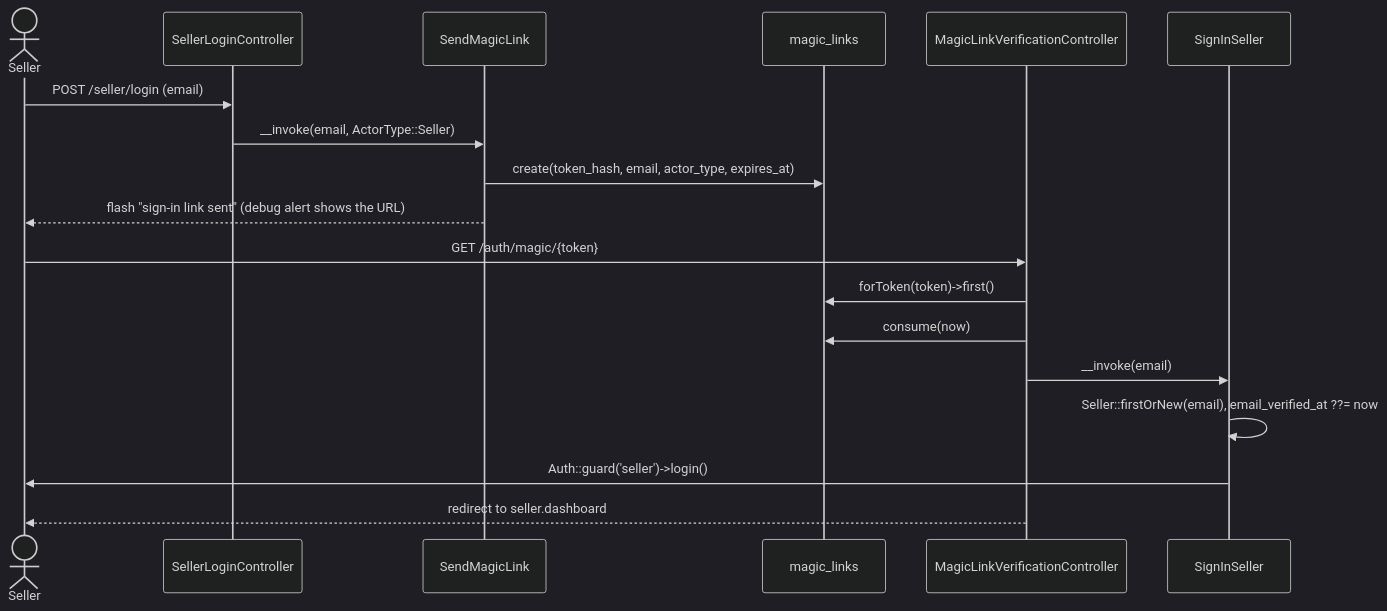
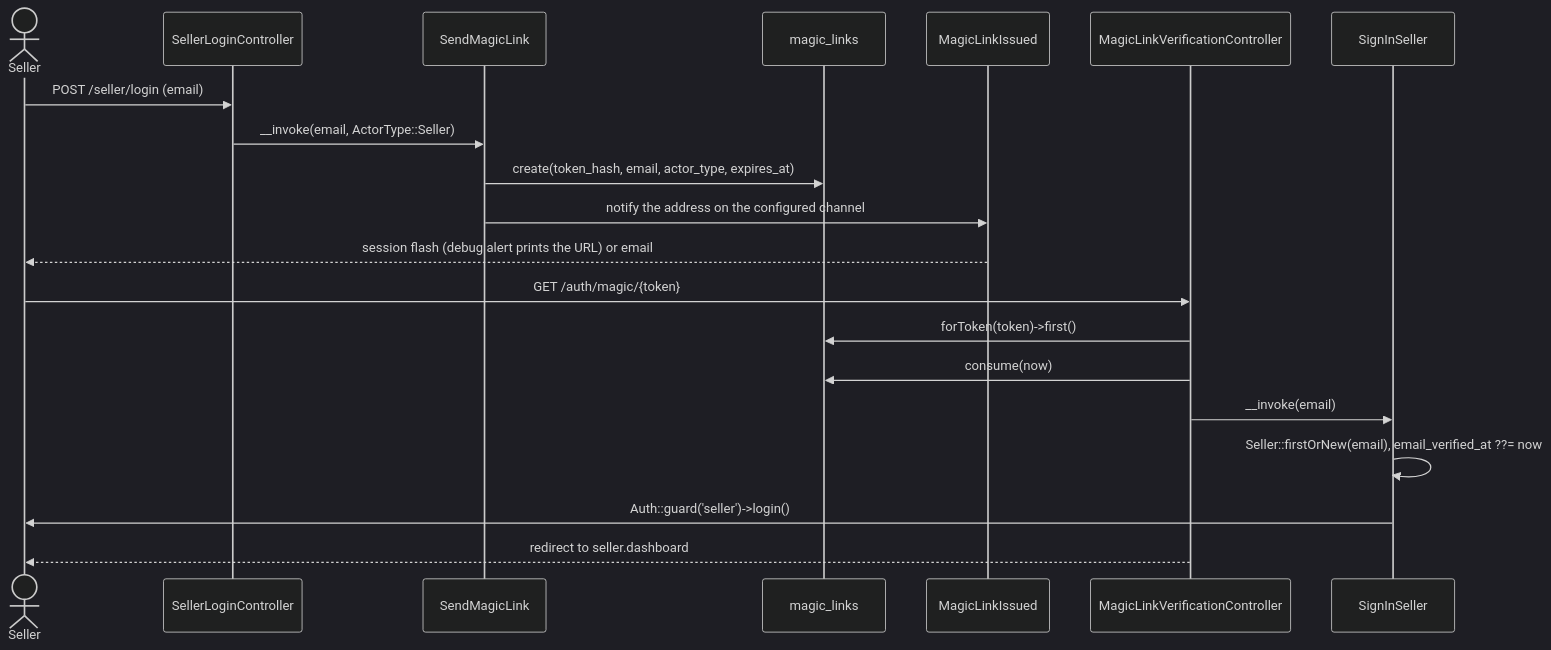
The first of 3 diagrams in prototype/php/docs/identity.md (jonathan-beebe/art-store), drawn with Mermaid (dark theme) before and after one commit. The commit also changed other lines of this file and 407 other files, not shown here.

````diff
--- a/prototype/php/docs/identity.md
+++ b/prototype/php/docs/identity.md
@@ -14,22 +14,24 @@
 ```mermaid
 sequenceDiagram
     actor Seller
     participant Login as SellerLoginController
     participant Send as SendMagicLink
     participant MagicLinks as magic_links
+    participant Issued as MagicLinkIssued
     participant Verify as MagicLinkVerificationController
     participant SignIn as SignInSeller
 
     Seller->>Login: POST /seller/login (email)
     Login->>Send: __invoke(email, ActorType::Seller)
     Send->>MagicLinks: create(token_hash, email, actor_type, expires_at)
-    Send-->>Seller: flash "sign-in link sent" (debug alert shows the URL)
+    Send->>Issued: notify the address on the configured channel
+    Issued-->>Seller: session flash (debug alert prints the URL) or email
 
     Seller->>Verify: GET /auth/magic/{token}
     Verify->>MagicLinks: forToken(token)->first()
     Verify->>MagicLinks: consume(now)
     Verify->>SignIn: __invoke(email)
     SignIn->>SignIn: Seller::firstOrNew(email), email_verified_at ??= now
     SignIn->>Seller: Auth::guard('seller')->login()
     Verify-->>Seller: redirect to seller.dashboard
 ```
````
